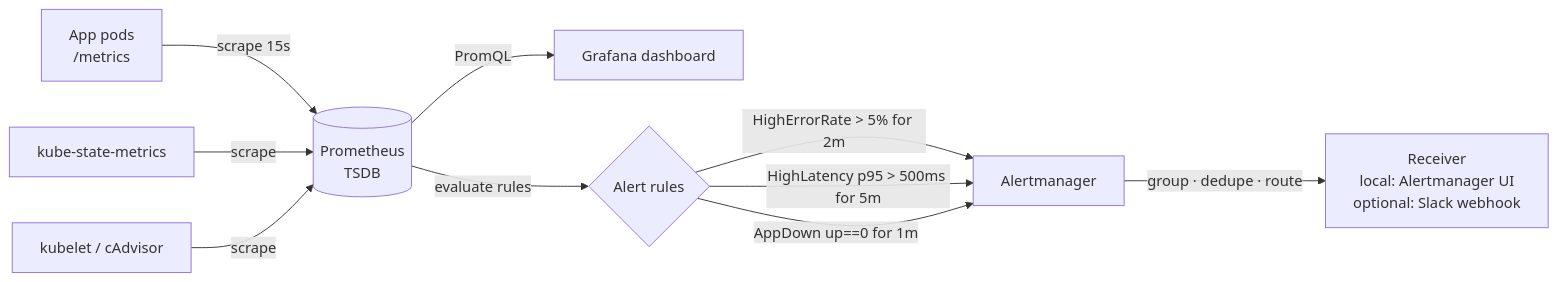
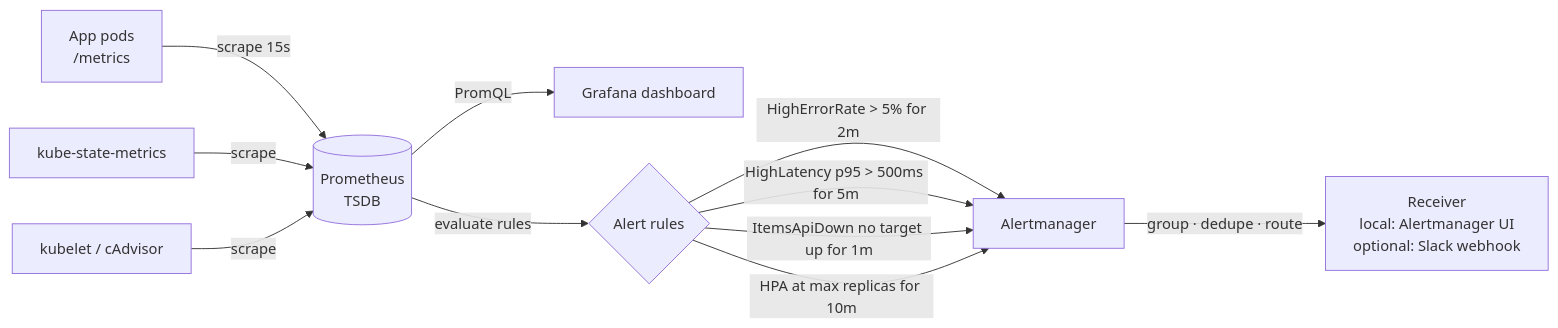
The sixth of 7 diagrams in docs/architecture.md (Saurabhkaran11/kbernetes-autoscaling-patform), drawn with Mermaid before and after one commit. The commit also changed 23 other files, not shown here.

````diff
--- a/docs/architecture.md
+++ b/docs/architecture.md
@@ -231,12 +231,13 @@
 ```mermaid
 flowchart LR
     app[App pods<br/>/metrics] -->|scrape 15s| prom[(Prometheus<br/>TSDB)]
     ksm[kube-state-metrics] -->|scrape| prom
     kubelet[kubelet / cAdvisor] -->|scrape| prom
     prom -->|PromQL| graf[Grafana dashboard]
     prom -->|evaluate rules| rules{Alert rules}
     rules -->|HighErrorRate &gt; 5% for 2m| am[Alertmanager]
     rules -->|HighLatency p95 &gt; 500ms for 5m| am
-    rules -->|AppDown up==0 for 1m| am
+    rules -->|ItemsApiDown no target up for 1m| am
+    rules -->|HPA at max replicas for 10m| am
     am -->|group · dedupe · route| recv[Receiver<br/>local: Alertmanager UI<br/>optional: Slack webhook]
 ```
````
